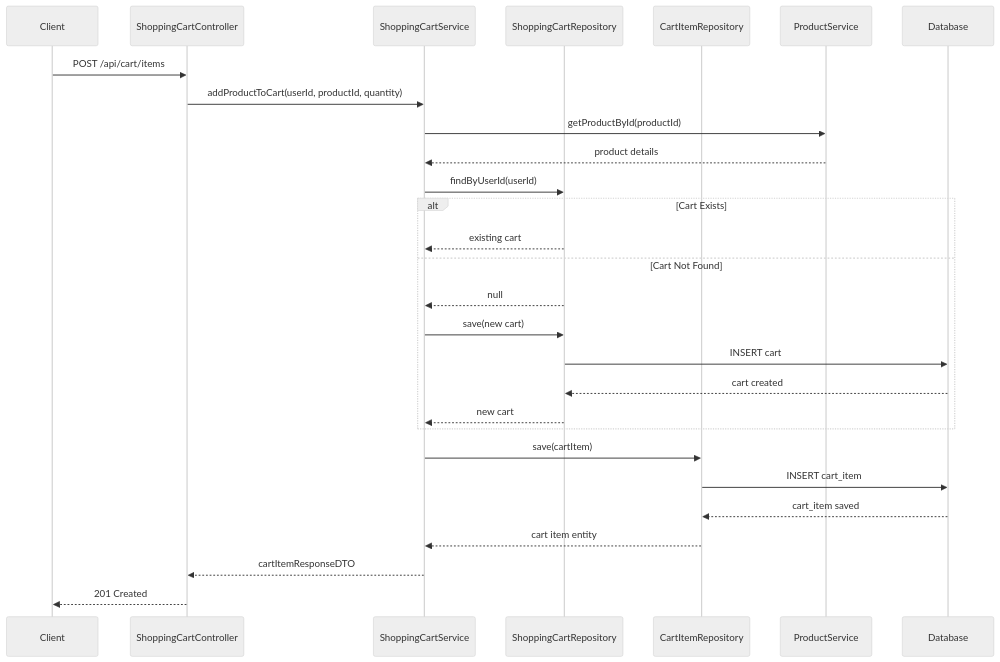
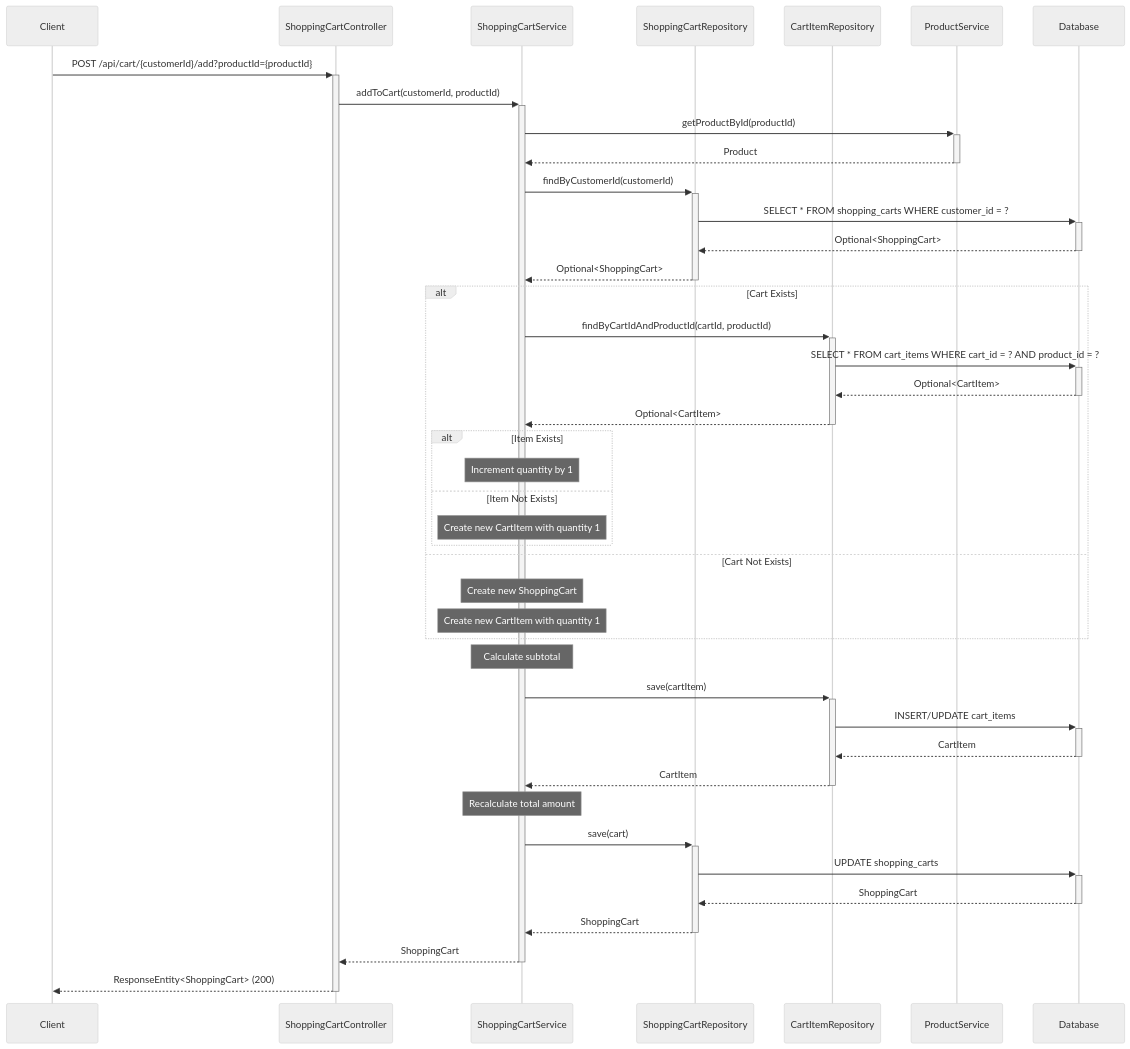
Before and after one commit to NavneetBN47/aava-ecom-demo: the tenth of 13 diagrams in docs/LLD/modified_lld.md, drawn with Mermaid (neutral theme). The commit also changed other lines of this file, not shown here.

````diff
--- a/docs/LLD/modified_lld.md
+++ b/docs/LLD/modified_lld.md
@@ -483,31 +390,52 @@
 ```mermaid
 sequenceDiagram
     participant Client
     participant ShoppingCartController
     participant ShoppingCartService
     participant ShoppingCartRepository
     participant CartItemRepository
     participant ProductService
     participant Database
-
-    Client->>ShoppingCartController: POST /api/cart/items
-    ShoppingCartController->>ShoppingCartService: addProductToCart(userId, productId, quantity)
-    ShoppingCartService->>ProductService: getProductById(productId)
-    ProductService-->>ShoppingCartService: product details
-    ShoppingCartService->>ShoppingCartRepository: findByUserId(userId)
+    
+    Client->>+ShoppingCartController: POST /api/cart/{customerId}/add?productId={productId}
+    ShoppingCartController->>+ShoppingCartService: addToCart(customerId, productId)
+    
+    ShoppingCartService->>+ProductService: getProductById(productId)
+    ProductService-->>-ShoppingCartService: Product
+    
+    ShoppingCartService->>+ShoppingCartRepository: findByCustomerId(customerId)
+    ShoppingCartRepository->>+Database: SELECT * FROM shopping_carts WHERE customer_id = ?
+    Database-->>-ShoppingCartRepository: Optional<ShoppingCart>
+    ShoppingCartRepository-->>-ShoppingCartService: Optional<ShoppingCart>
+    
     alt Cart Exists
-        ShoppingCartRepository-->>ShoppingCartService: existing cart
-    else Cart Not Found
-        ShoppingCartRepository-->>ShoppingCartService: null
-        ShoppingCartService->>ShoppingCartRepository: save(new cart)
-        ShoppingCartRepository->>Database: INSERT cart
-        Database-->>ShoppingCartRepository: cart created
-        ShoppingCartRepository-->>ShoppingCartService: new cart
+        ShoppingCartService->>+CartItemRepository: findByCartIdAndProductId(cartId, productId)
+        CartItemRepository->>+Database: SELECT * FROM cart_items WHERE cart_id = ? AND product_id = ?
+        Database-->>-CartItemRepository: Optional<CartItem>
+        CartItemRepository-->>-ShoppingCartService: Optional<CartItem>
+        
+        alt Item Exists
+            Note over ShoppingCartService: Increment quantity by 1
+        else Item Not Exists
+            Note over ShoppingCartService: Create new CartItem with quantity 1
+        end
+    else Cart Not Exists
+        Note over ShoppingCartService: Create new ShoppingCart
+        Note over ShoppingCartService: Create new CartItem with quantity 1
     end
-    ShoppingCartService->>CartItemRepository: save(cartItem)
-    CartItemRepository->>Database: INSERT cart_item
-    Database-->>CartItemRepository: cart_item saved
-    CartItemRepository-->>ShoppingCartService: cart item entity
-    ShoppingCartService-->>ShoppingCartController: cartItemResponseDTO
-    ShoppingCartController-->>Client: 201 Created
+    
+    Note over ShoppingCartService: Calculate subtotal
+    ShoppingCartService->>+CartItemRepository: save(cartItem)
+    CartItemRepository->>+Database: INSERT/UPDATE cart_items
+    Database-->>-CartItemRepository: CartItem
+    CartItemRepository-->>-ShoppingCartService: CartItem
+    
+    Note over ShoppingCartService: Recalculate total amount
+    ShoppingCartService->>+ShoppingCartRepository: save(cart)
+    ShoppingCartRepository->>+Database: UPDATE shopping_carts
+    Database-->>-ShoppingCartRepository: ShoppingCart
+    ShoppingCartRepository-->>-ShoppingCartService: ShoppingCart
+    
+    ShoppingCartService-->>-ShoppingCartController: ShoppingCart
+    ShoppingCartController-->>-Client: ResponseEntity<ShoppingCart> (200)
 ```
````
